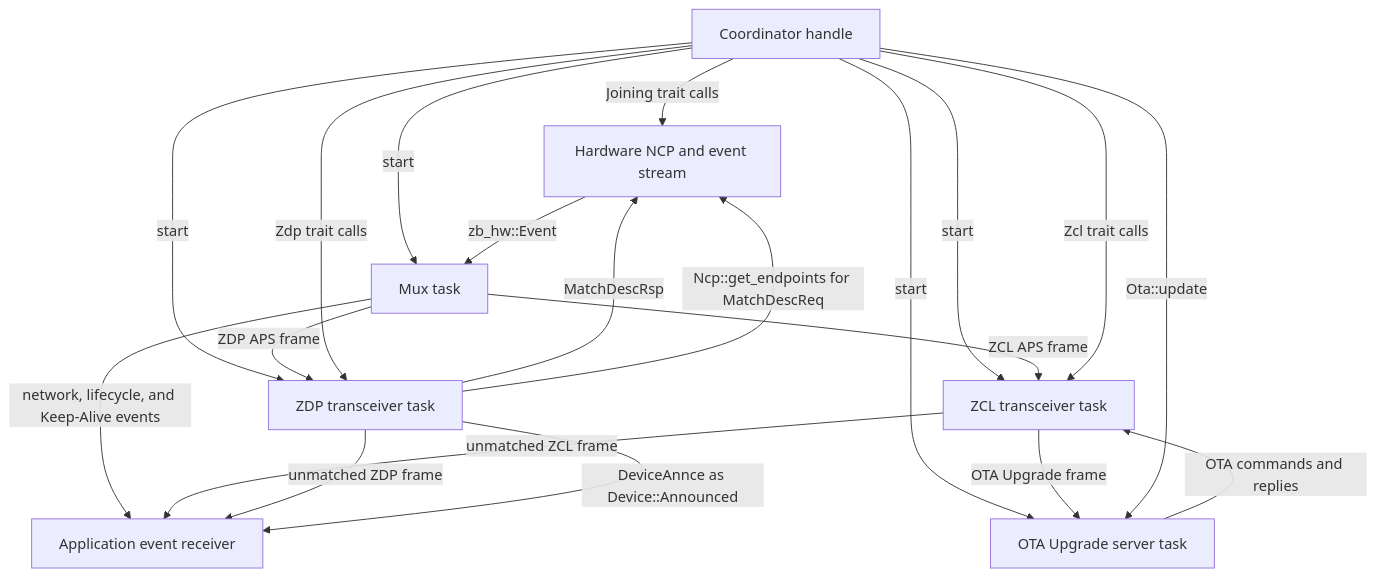
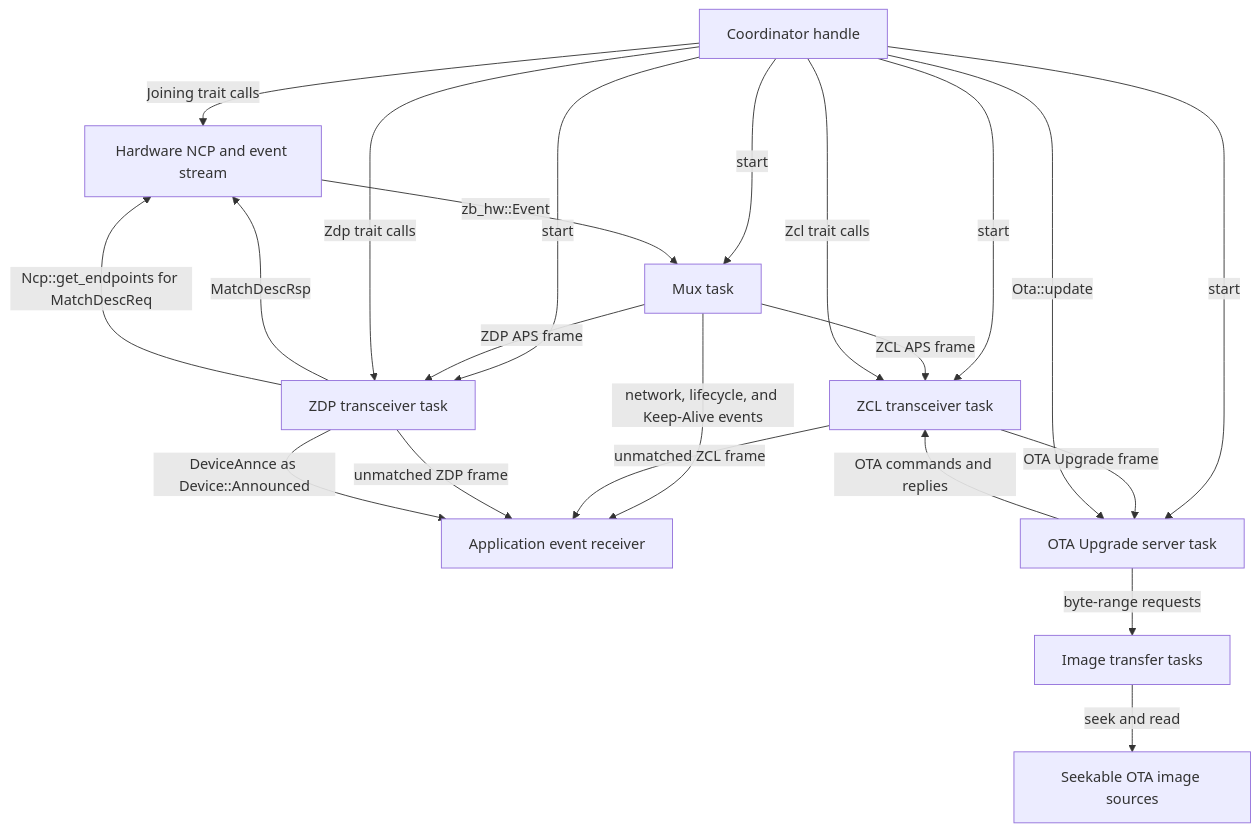
The first of 9 diagrams in coordinator/ARCHITECTURE.md (PaulmannLighting/apis-saltans), drawn with Mermaid before and after one commit. The commit also changed other lines of this file and 13 other files, not shown here.

````diff
--- a/coordinator/ARCHITECTURE.md
+++ b/coordinator/ARCHITECTURE.md
@@ -36,33 +36,37 @@
 ```mermaid
 flowchart TD
     HW[Hardware NCP and event stream]
     C[Coordinator handle]
     APP[Application event receiver]
     M[Mux task]
     ZCL[ZCL transceiver task]
     ZDP[ZDP transceiver task]
     OTA[OTA Upgrade server task]
+    IMG[Image transfer tasks]
+    FILE[Seekable OTA image sources]
 
     C -->|start| ZCL
     C -->|start| ZDP
     C -->|start| OTA
     C -->|start| M
 
     HW -->|zb_hw::Event| M
     M -->|ZCL APS frame| ZCL
     M -->|ZDP APS frame| ZDP
     M -->|network, lifecycle, and Keep-Alive events| APP
 
     ZCL -->|unmatched ZCL frame| APP
     ZCL -->|OTA Upgrade frame| OTA
     OTA -->|OTA commands and replies| ZCL
+    OTA -->|byte-range requests| IMG
+    IMG -->|seek and read| FILE
     ZDP -->|unmatched ZDP frame| APP
     ZDP -->|DeviceAnnce as Device::Announced| APP
     ZDP -->|MatchDescRsp| HW
     ZDP -->|Ncp::get_endpoints for MatchDescReq| HW
 
     C -->|Zcl trait calls| ZCL
     C -->|Zdp trait calls| ZDP
     C -->|Ota::update| OTA
     C -->|Joining trait calls| HW
 ```
````
